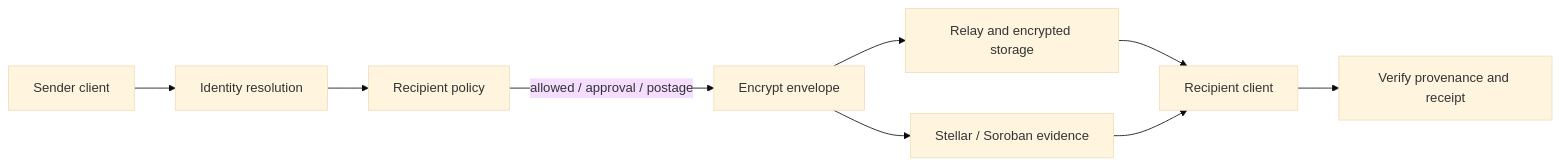
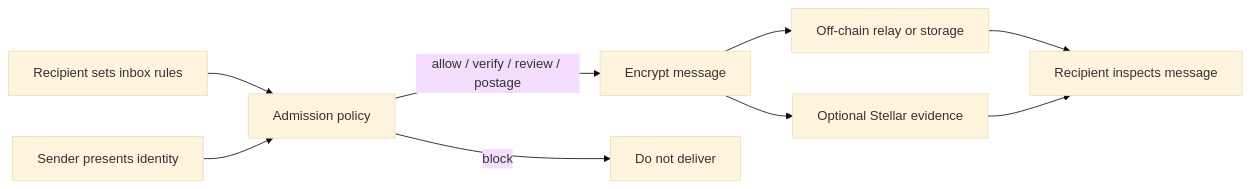
One commit to Stellar-hush/hush changed the diagram in README.md. Above: the diagram before and after it, drawn with Mermaid (base theme). The commit also changed other lines of this file, not shown here.

````diff
--- a/README.md
+++ b/README.md
@@ -38,11 +36,11 @@
 ```mermaid
 flowchart LR
-  S[Sender client] --> I[Identity resolution]
-  I --> P[Recipient policy]
-  P -->|allowed / approval / postage| E[Encrypt envelope]
-  E --> R[Relay and encrypted storage]
-  E --> C[Stellar / Soroban evidence]
-  R --> D[Recipient client]
-  C --> D
-  D --> V[Verify provenance and receipt]
+  R[Recipient sets inbox rules] --> P[Admission policy]
+  S[Sender presents identity] --> P
+  P -->|allow / verify / review / postage| E[Encrypt message]
+  P -->|block| X[Do not deliver]
+  E --> O[Off-chain relay or storage]
+  E --> L[Optional Stellar evidence]
+  O --> I[Recipient inspects message]
+  L --> I
 ```
````
